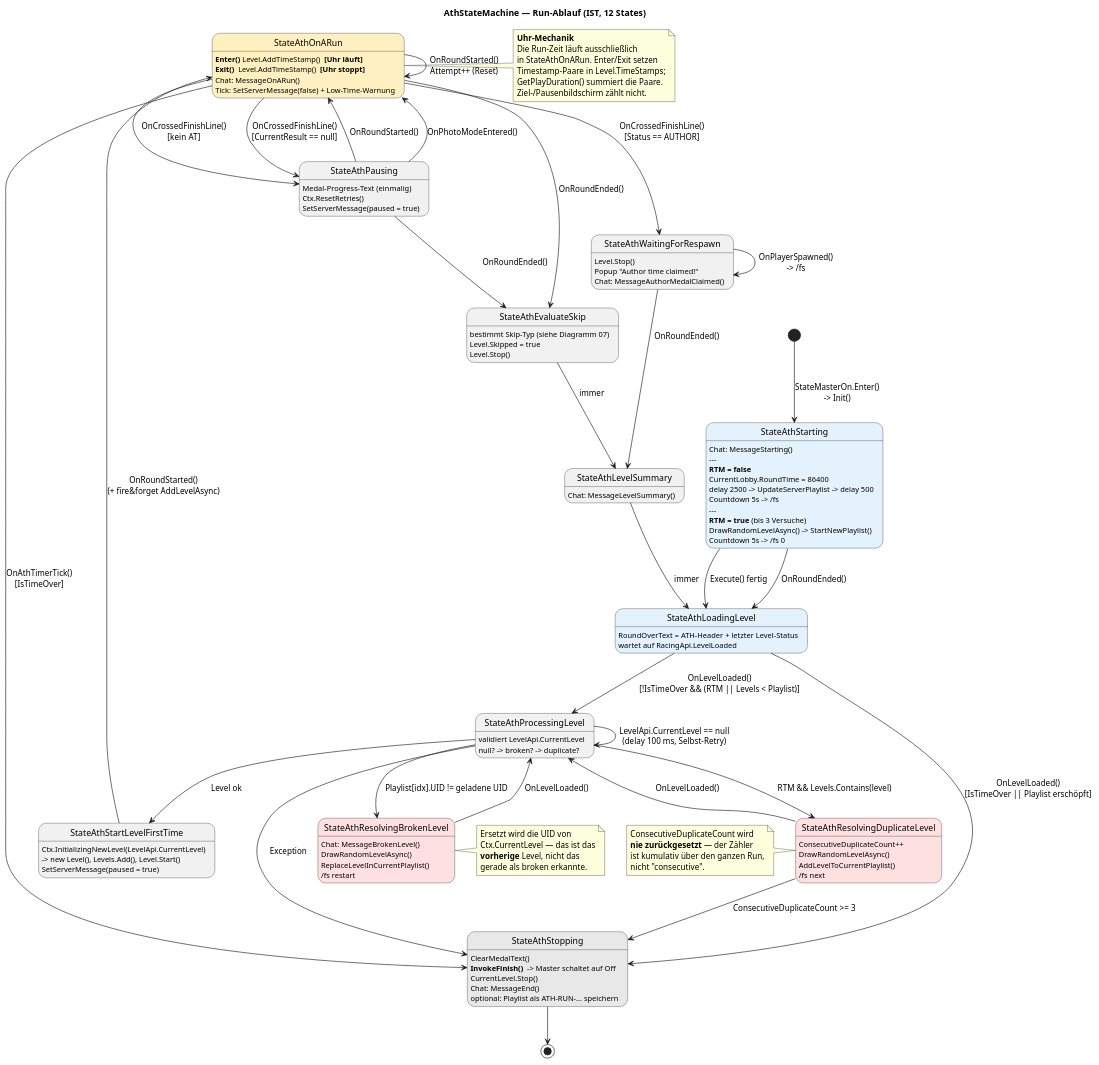
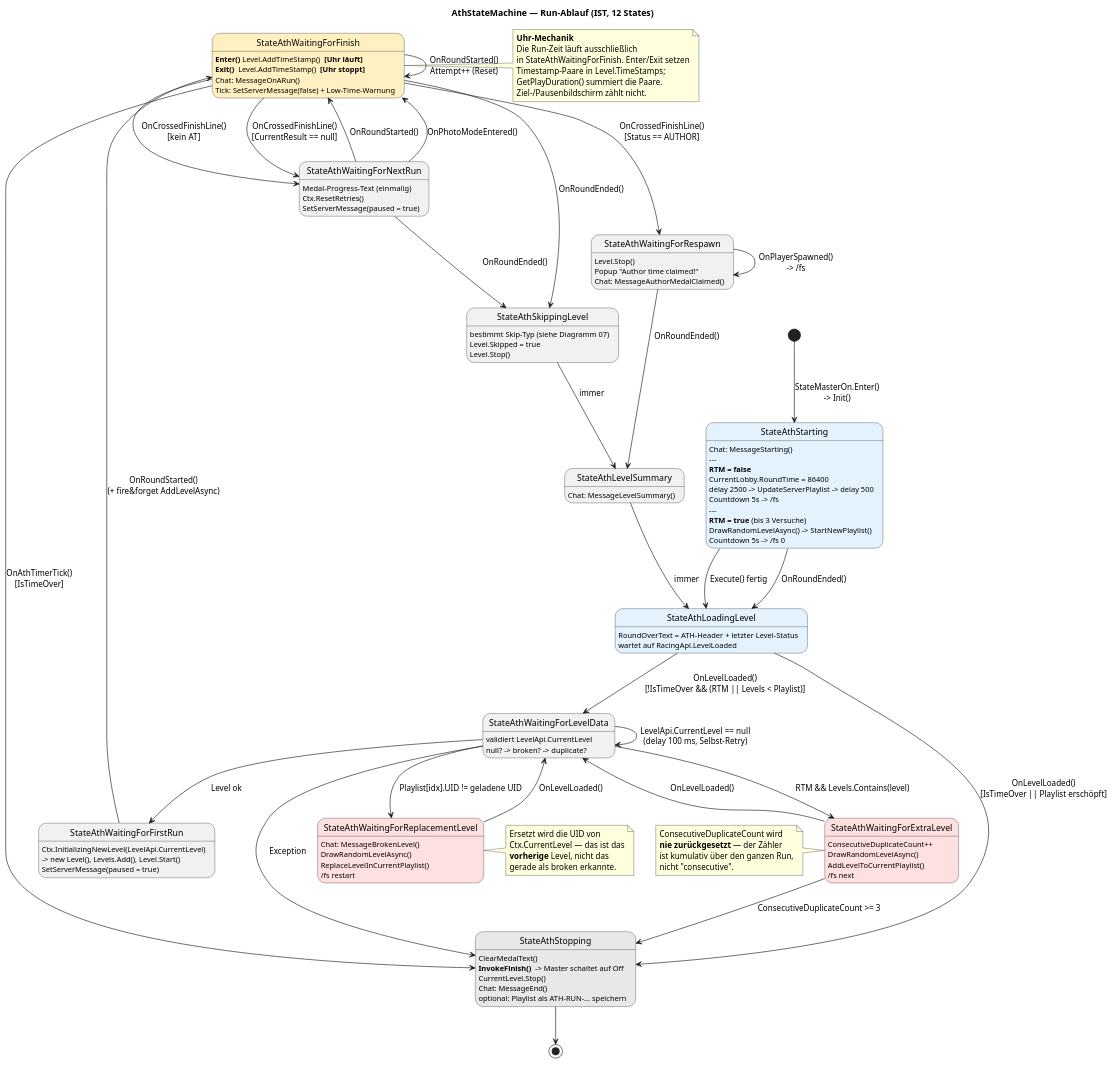
Before and after one commit to YoloDevDE/Zeepkist-ATH: the diagram in docs/diagrams/04-ath-statemachine.puml, drawn with PlantUML. The commit also changed 106 other files, not shown here.

First line of the commit message:
Rebuild the in-game UI around the run, and stop a restart eating the level pool

```diff
--- a/docs/diagrams/04-ath-statemachine.puml
+++ b/docs/diagrams/04-ath-statemachine.puml
@@ -1,159 +1,159 @@
 @startuml 04-ath-statemachine
 title AthStateMachine — Run-Ablauf (IST, 12 States)
 
 skinparam shadowing false
 skinparam state {
   BackgroundColor<<hot>>      #FFF0C2
   BackgroundColor<<recovery>> #FFE0E0
   BackgroundColor<<terminal>> #E8E8E8
   BackgroundColor<<io>>       #E3F2FD
 }
 hide empty description
 
 [*] --> Starting : StateMasterOn.Enter()\n-> Init()
 
 state "StateAthStarting" as Starting <<io>> {
   Starting : Chat: MessageStarting()
   Starting : ---
   Starting : **RTM = false**
   Starting : CurrentLobby.RoundTime = 86400
   Starting : delay 2500 -> UpdateServerPlaylist -> delay 500
   Starting : Countdown 5s -> /fs
   Starting : ---
   Starting : **RTM = true** (bis 3 Versuche)
   Starting : DrawRandomLevelAsync() -> StartNewPlaylist()
   Starting : Countdown 5s -> /fs 0
 }
 
 state "StateAthLoadingLevel" as Loading <<io>> {
   Loading : RoundOverText = ATH-Header + letzter Level-Status
   Loading : wartet auf RacingApi.LevelLoaded
 }
 
-state "StateAthProcessingLevel" as Processing {
+state "StateAthWaitingForLevelData" as Processing {
   Processing : validiert LevelApi.CurrentLevel
   Processing : null? -> broken? -> duplicate?
 }
 
-state "StateAthResolvingBrokenLevel" as Broken <<recovery>> {
+state "StateAthWaitingForReplacementLevel" as Broken <<recovery>> {
   Broken : Chat: MessageBrokenLevel()
   Broken : DrawRandomLevelAsync()
   Broken : ReplaceLevelInCurrentPlaylist()
   Broken : /fs restart
 }
 
-state "StateAthResolvingDuplicateLevel" as Duplicate <<recovery>> {
+state "StateAthWaitingForExtraLevel" as Duplicate <<recovery>> {
   Duplicate : ConsecutiveDuplicateCount++
   Duplicate : DrawRandomLevelAsync()
   Duplicate : AddLevelToCurrentPlaylist()
   Duplicate : /fs next
 }
 
-state "StateAthStartLevelFirstTime" as FirstTime {
+state "StateAthWaitingForFirstRun" as FirstTime {
   FirstTime : Ctx.InitializingNewLevel(LevelApi.CurrentLevel)
   FirstTime :   -> new Level(), Levels.Add(), Level.Start()
   FirstTime : SetServerMessage(paused = true)
 }
 
-state "StateAthOnARun" as OnARun <<hot>> {
+state "StateAthWaitingForFinish" as OnARun <<hot>> {
   OnARun : **Enter()** Level.AddTimeStamp()  <b>[Uhr läuft]</b>
   OnARun : **Exit()**  Level.AddTimeStamp()  <b>[Uhr stoppt]</b>
   OnARun : Chat: MessageOnARun()
   OnARun : Tick: SetServerMessage(false) + Low-Time-Warnung
 }
 
-state "StateAthPausing" as Pausing {
+state "StateAthWaitingForNextRun" as Pausing {
   Pausing : Medal-Progress-Text (einmalig)
   Pausing : Ctx.ResetRetries()
   Pausing : SetServerMessage(paused = true)
 }
 
 state "StateAthWaitingForRespawn" as WaitRespawn {
   WaitRespawn : Level.Stop()
   WaitRespawn : Popup "Author time claimed!"
   WaitRespawn : Chat: MessageAuthorMedalClaimed()
 }
 
-state "StateAthEvaluateSkip" as Evaluate {
+state "StateAthSkippingLevel" as Evaluate {
   Evaluate : bestimmt Skip-Typ (siehe Diagramm 07)
   Evaluate : Level.Skipped = true
   Evaluate : Level.Stop()
 }
 
 state "StateAthLevelSummary" as Summary {
   Summary : Chat: MessageLevelSummary()
 }
 
 state "StateAthStopping" as Stopping <<terminal>> {
   Stopping : ClearMedalText()
   Stopping : **InvokeFinish()**  -> Master schaltet auf Off
   Stopping : CurrentLevel.Stop()
   Stopping : Chat: MessageEnd()
   Stopping : optional: Playlist als ATH-RUN-... speichern
 }
 
 ' ---------- Startphase ----------
 Starting --> Loading : Execute() fertig
 Starting --> Loading : OnRoundEnded()
 
 ' ---------- Ladephase ----------
 Loading --> Processing : OnLevelLoaded()\n[!IsTimeOver && (RTM || Levels < Playlist)]
 Loading --> Stopping  : OnLevelLoaded()\n[IsTimeOver || Playlist erschöpft]
 
 ' ---------- Validierung ----------
 Processing --> Processing : LevelApi.CurrentLevel == null\n(delay 100 ms, Selbst-Retry)
 Processing --> Broken     : Playlist[idx].UID != geladene UID
 Processing --> Duplicate  : RTM && Levels.Contains(level)
 Processing --> FirstTime  : Level ok
 Processing --> Stopping   : Exception
 
 Broken    --> Processing : OnLevelLoaded()
 Duplicate --> Processing : OnLevelLoaded()
 Duplicate --> Stopping   : ConsecutiveDuplicateCount >= 3
 
 ' ---------- Fahren ----------
 FirstTime --> OnARun : OnRoundStarted()\n(+ fire&forget AddLevelAsync)
 
 OnARun --> OnARun      : OnRoundStarted()\nAttempt++ (Reset)
 OnARun --> Pausing     : OnCrossedFinishLine()\n[kein AT]
 OnARun --> WaitRespawn : OnCrossedFinishLine()\n[Status == AUTHOR]
 OnARun --> Pausing     : OnCrossedFinishLine()\n[CurrentResult == null]
 OnARun --> Evaluate    : OnRoundEnded()
 OnARun --> Stopping    : OnAthTimerTick()\n[IsTimeOver]
 
 Pausing --> OnARun   : OnRoundStarted()
 Pausing --> OnARun   : OnPhotoModeEntered()
 Pausing --> Evaluate : OnRoundEnded()
 
 WaitRespawn --> WaitRespawn : OnPlayerSpawned()\n-> /fs
 WaitRespawn --> Summary     : OnRoundEnded()
 
 Evaluate --> Summary : immer
 Summary  --> Loading : immer
 
 Stopping --> [*]
 
 note right of OnARun
   <b>Uhr-Mechanik</b>
   Die Run-Zeit läuft ausschließlich
-  in StateAthOnARun. Enter/Exit setzen
+  in StateAthWaitingForFinish. Enter/Exit setzen
   Timestamp-Paare in Level.TimeStamps;
   GetPlayDuration() summiert die Paare.
   Ziel-/Pausenbildschirm zählt nicht.
 end note
 
 note left of Duplicate
   ConsecutiveDuplicateCount wird
   <b>nie zurückgesetzt</b> — der Zähler
   ist kumulativ über den ganzen Run,
   nicht "consecutive".
 end note
 
 note right of Broken
   Ersetzt wird die UID von
   Ctx.CurrentLevel — das ist das
   <b>vorherige</b> Level, nicht das
   gerade als broken erkannte.
 end note
 
 @enduml
```
